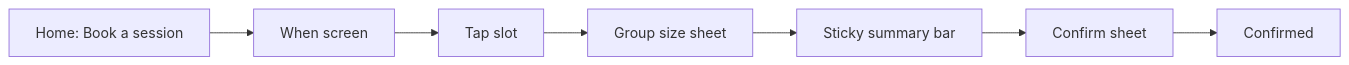
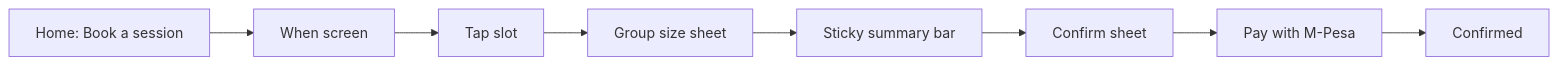
The diagram in playtt-mobile/docs/design-system/booking-ux.md (IdrisKulubi/playtt), drawn with Mermaid before and after one commit. The commit also changed other lines of this file and 29 other files, not shown here.

````diff
--- a/playtt-mobile/docs/design-system/booking-ux.md
+++ b/playtt-mobile/docs/design-system/booking-ux.md
@@ -17,9 +17,10 @@
 ```mermaid
 flowchart LR
   home[Home: Book a session] --> timing[When screen]
   timing --> slotTap[Tap slot]
   slotTap --> groupSheet[Group size sheet]
   groupSheet --> stickyBar[Sticky summary bar]
   stickyBar --> confirmSheet[Confirm sheet]
-  confirmSheet --> done[Confirmed]
+  confirmSheet --> pay[Pay with M-Pesa]
+  pay --> done[Confirmed]
 ```
````
